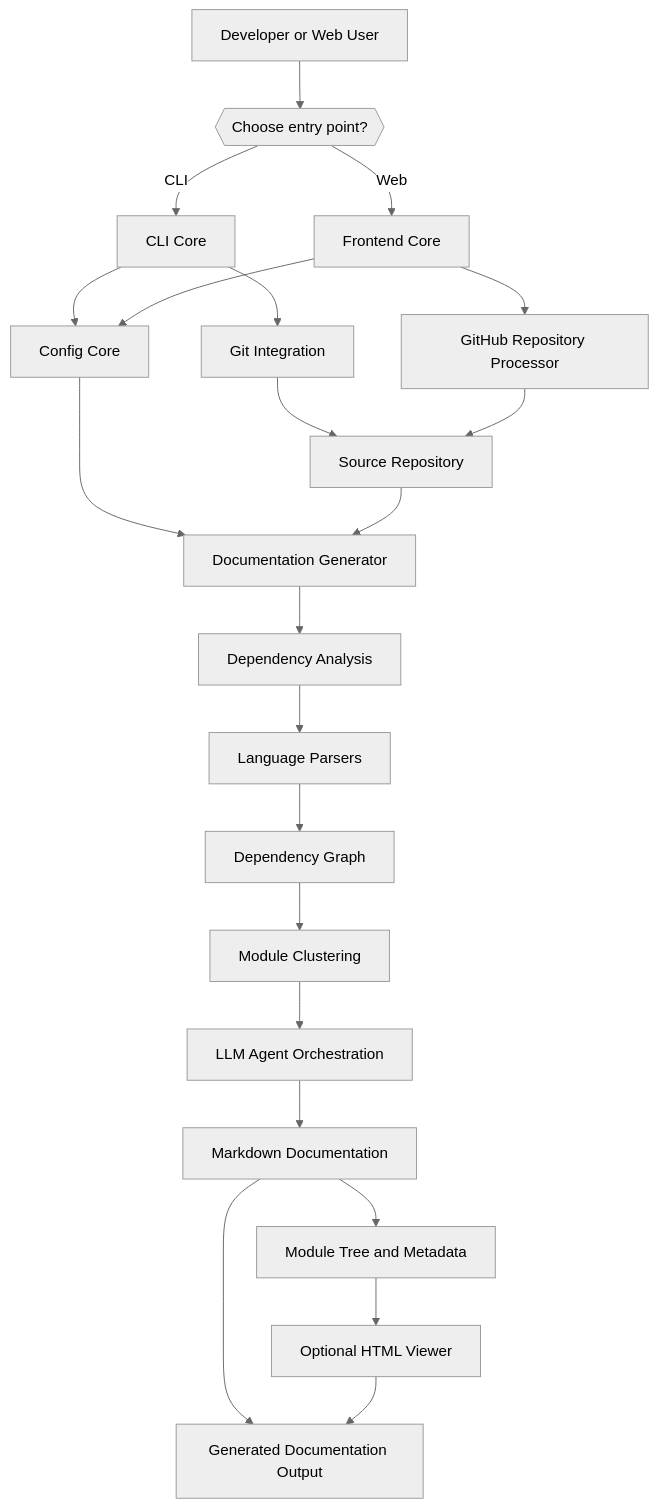
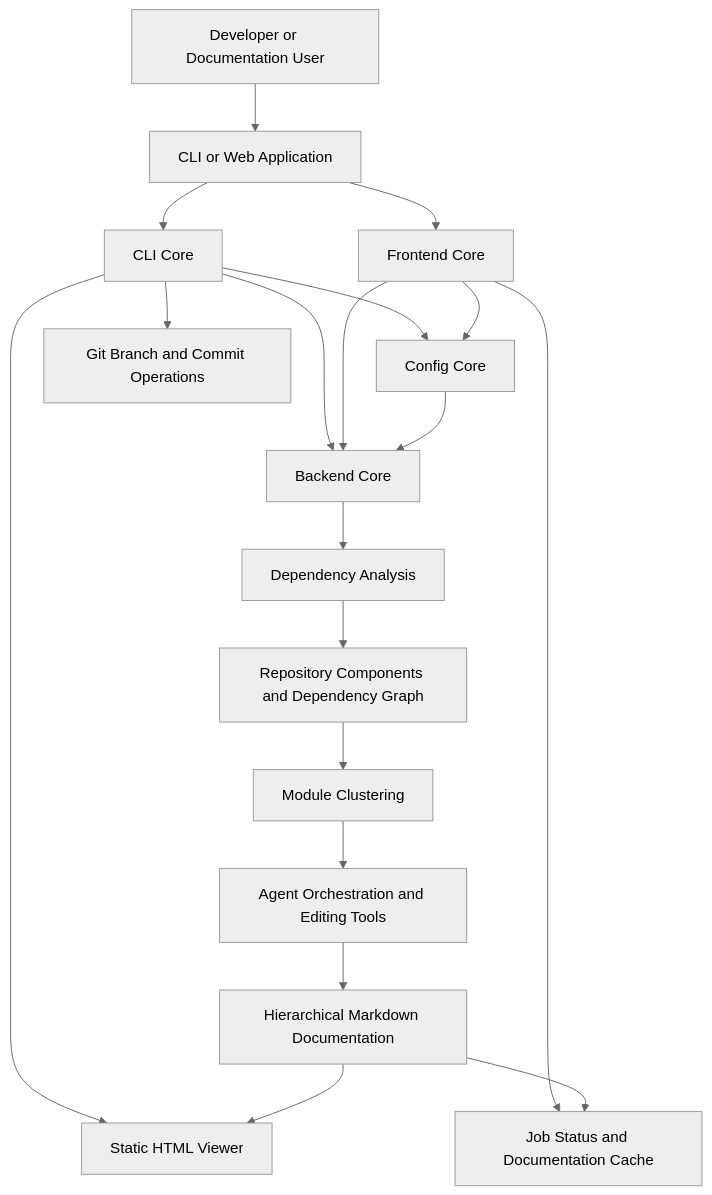
The diagram in README.md (flamingo-stack/CodeWiki), drawn with Mermaid (neutral theme) before and after one commit. The commit also changed other lines of this file and 275 other files, not shown here.

````diff
--- a/README.md
+++ b/README.md
@@ -114,31 +42,28 @@
 ```mermaid
 flowchart TD
-    User["Developer or Web User"] --> Entry{{"Choose entry point?"}}
-    Entry -->|CLI| CLI["CLI Core"]
-    Entry -->|Web| Frontend["Frontend Core"]
+    User["Developer or Documentation User"] --> Entry["CLI or Web Application"]
 
-    CLI --> RuntimeConfig["Config Core"]
-    Frontend --> RuntimeConfig
+    Entry --> CliCore["CLI Core"]
+    Entry --> FrontendCore["Frontend Core"]
 
-    CLI --> GitOps["Git Integration"]
-    Frontend --> RepoProcessor["GitHub Repository Processor"]
+    CliCore --> ConfigCore["Config Core"]
+    FrontendCore --> ConfigCore
 
-    GitOps --> Source["Source Repository"]
-    RepoProcessor --> Source
+    CliCore --> BackendCore["Backend Core"]
+    FrontendCore --> BackendCore
 
-    RuntimeConfig --> Generator["Documentation Generator"]
-    Source --> Generator
+    ConfigCore --> BackendCore
 
-    Generator --> Analysis["Dependency Analysis"]
-    Analysis --> Parsers["Language Parsers"]
-    Parsers --> Graph["Dependency Graph"]
+    BackendCore --> Analysis["Dependency Analysis"]
+    Analysis --> Graph["Repository Components and Dependency Graph"]
+    Graph --> Clustering["Module Clustering"]
+    Clustering --> Agents["Agent Orchestration and Editing Tools"]
+    Agents --> Markdown["Hierarchical Markdown Documentation"]
 
-    Graph --> Clustering["Module Clustering"]
-    Clustering --> Agents["LLM Agent Orchestration"]
-    Agents --> Docs["Markdown Documentation"]
+    CliCore --> Html["Static HTML Viewer"]
+    CliCore --> GitOps["Git Branch and Commit Operations"]
 
-    Docs --> Metadata["Module Tree and Metadata"]
-    Metadata --> HTML["Optional HTML Viewer"]
-    Docs --> Output["Generated Documentation Output"]
-    HTML --> Output
+    Markdown --> Html
+    FrontendCore --> Cache["Job Status and Documentation Cache"]
+    Markdown --> Cache
 ```
````
